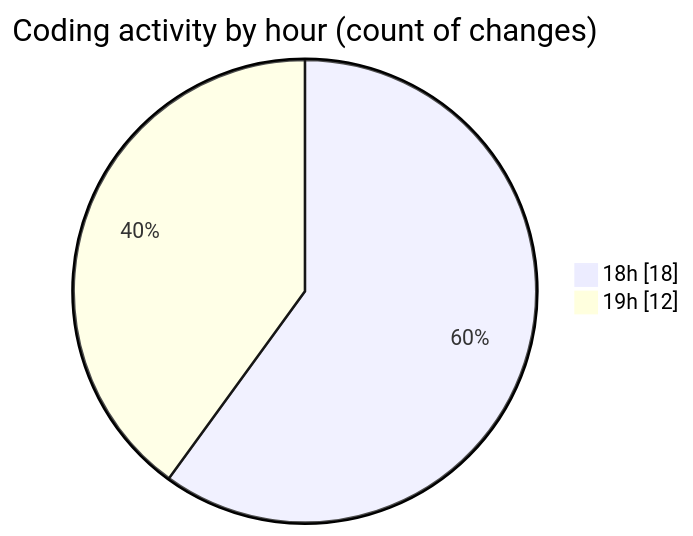
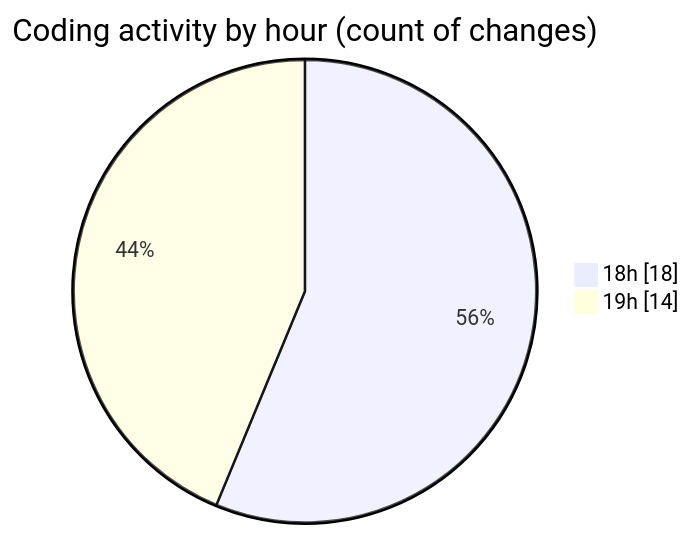
One commit to ernivani/code-tracking changed the second of 2 diagrams in 2025-01-03/my-code-activity-ext/README.md. Above: the diagram before and after it, drawn with Mermaid. The commit also changed other lines of this file and 6 other files, not shown here.

````diff
--- a/2025-01-03/my-code-activity-ext/README.md
+++ b/2025-01-03/my-code-activity-ext/README.md
@@ -36,6 +36,6 @@
 ```mermaid
 pie showData
 title Coding activity by hour (count of changes)
 "18h" : 18
-"19h" : 12
+"19h" : 14
 ```
````
